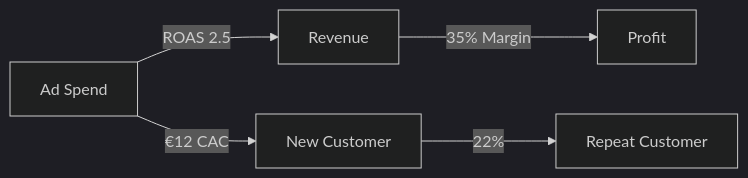
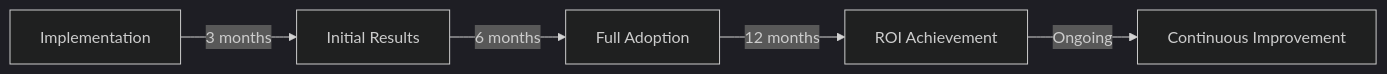
The sixth of 7 diagrams in content/projects/powerbi/Index.md (pavankakarrot/my-portfolio-website), drawn with Mermaid (dark theme) before and after one commit. The commit also changed other lines of this file and 19 other files, not shown here.

````diff
--- a/content/projects/powerbi/Index.md
+++ b/content/projects/powerbi/Index.md
@@ -462,7 +607,7 @@
 ```mermaid
 graph LR
-    A[Ad Spend] -->|ROAS 2.5| B[Revenue]
-    B -->|35% Margin| C[Profit]
-    A -->|€12 CAC| D[New Customer]
-    D -->|22%| E[Repeat Customer]
+    A[Implementation] -->|3 months| B[Initial Results]
+    B -->|6 months| C[Full Adoption]
+    C -->|12 months| D[ROI Achievement]
+    D -->|Ongoing| E[Continuous Improvement]
 ```
````
